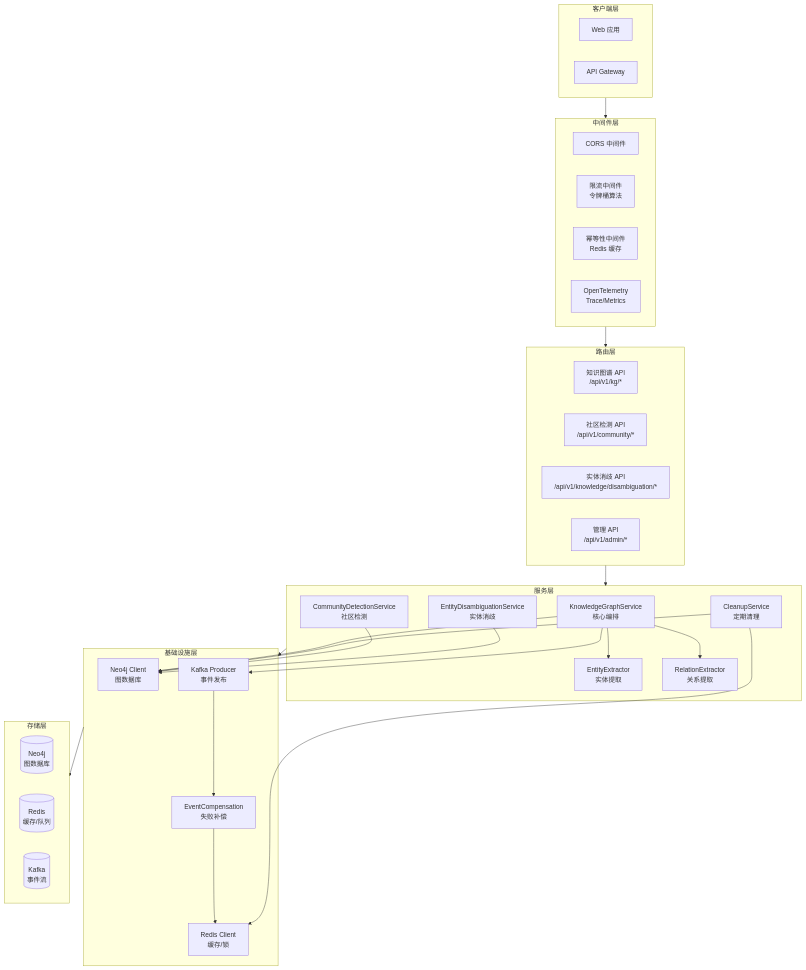
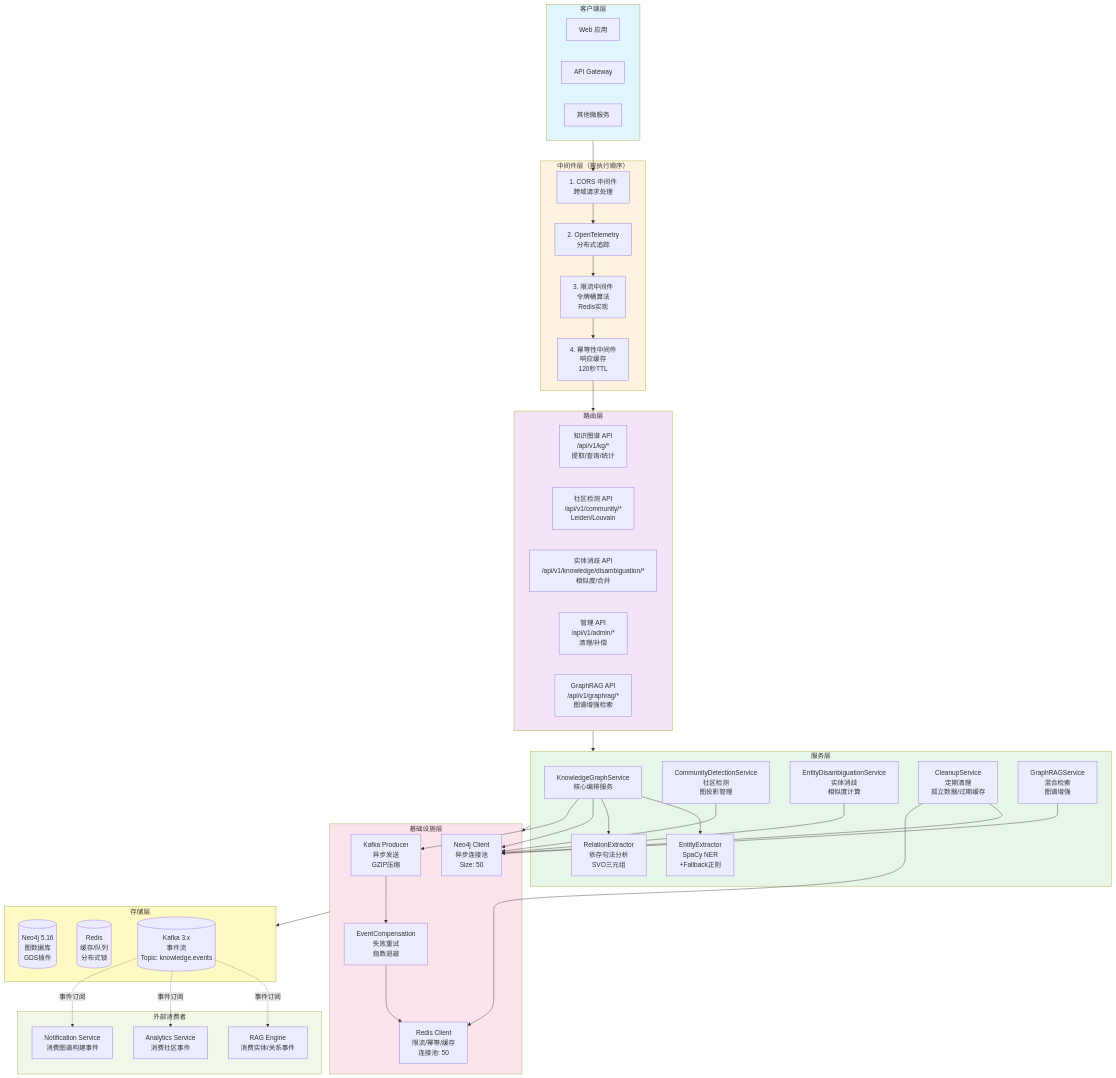
One commit to haoyunlt/VoiceAssistant changed the first of 10 diagrams in docs/VoiceHelper-04-Knowledge-Service(python版本).md. Above: the diagram before and after it, drawn with Mermaid. The commit also changed other lines of this file and 162 other files, not shown here.

````diff
--- a/docs/VoiceHelper-04-Knowledge-Service(python版本).md
+++ b/docs/VoiceHelper-04-Knowledge-Service(python版本).md
@@ -77,46 +77,59 @@
     subgraph Client["客户端层"]
         WebApp[Web 应用]
         APIGW[API Gateway]
+        OtherServices[其他微服务]
     end
 
-    subgraph Middleware["中间件层"]
-        CORS[CORS 中间件]
-        RateLimit[限流中间件<br/>令牌桶算法]
-        Idempotency[幂等性中间件<br/>Redis 缓存]
-        OTEL[OpenTelemetry<br/>Trace/Metrics]
+    subgraph Middleware["中间件层（按执行顺序）"]
+        CORS[1. CORS 中间件<br/>跨域请求处理]
+        OTEL[2. OpenTelemetry<br/>分布式追踪]
+        RateLimit[3. 限流中间件<br/>令牌桶算法<br/>Redis实现]
+        Idempotency[4. 幂等性中间件<br/>响应缓存<br/>120秒TTL]
     end
 
     subgraph Router["路由层"]
-        KGAPI[知识图谱 API<br/>/api/v1/kg/*]
-        CommAPI[社区检测 API<br/>/api/v1/community/*]
-        DisambAPI[实体消歧 API<br/>/api/v1/knowledge/disambiguation/*]
-        AdminAPI[管理 API<br/>/api/v1/admin/*]
+        KGAPI[知识图谱 API<br/>/api/v1/kg/*<br/>提取/查询/统计]
+        CommAPI[社区检测 API<br/>/api/v1/community/*<br/>Leiden/Louvain]
+        DisambAPI[实体消歧 API<br/>/api/v1/knowledge/disambiguation/*<br/>相似度/合并]
+        AdminAPI[管理 API<br/>/api/v1/admin/*<br/>清理/补偿]
+        GraphRAGAPI[GraphRAG API<br/>/api/v1/graphrag/*<br/>图谱增强检索]
     end
 
     subgraph Service["服务层"]
-        KGService[KnowledgeGraphService<br/>核心编排]
-        EntityExtractor[EntityExtractor<br/>实体提取]
-        RelationExtractor[RelationExtractor<br/>关系提取]
-        CommunityService[CommunityDetectionService<br/>社区检测]
-        DisambService[EntityDisambiguationService<br/>实体消歧]
-        CleanupService[CleanupService<br/>定期清理]
+        KGService[KnowledgeGraphService<br/>核心编排服务]
+        EntityExtractor[EntityExtractor<br/>SpaCy NER<br/>+Fallback正则]
+        RelationExtractor[RelationExtractor<br/>依存句法分析<br/>SVO三元组]
+        CommunityService[CommunityDetectionService<br/>社区检测<br/>图投影管理]
+        DisambService[EntityDisambiguationService<br/>实体消歧<br/>相似度计算]
+        CleanupService[CleanupService<br/>定期清理<br/>孤立数据/过期缓存]
+        GraphRAGService[GraphRAGService<br/>混合检索<br/>图谱增强]
     end
 
     subgraph Infrastructure["基础设施层"]
-        Neo4jClient[Neo4j Client<br/>图数据库]
-        KafkaProducer[Kafka Producer<br/>事件发布]
-        EventComp[EventCompensation<br/>失败补偿]
-        RedisClient[Redis Client<br/>缓存/锁]
+        Neo4jClient[Neo4j Client<br/>异步连接池<br/>Size: 50]
+        KafkaProducer[Kafka Producer<br/>异步发送<br/>GZIP压缩]
+        EventComp[EventCompensation<br/>失败重试<br/>指数退避]
+        RedisClient[Redis Client<br/>限流/幂等/缓存<br/>连接池: 50]
     end
 
     subgraph Storage["存储层"]
-        Neo4j[(Neo4j<br/>图数据库)]
-        Redis[(Redis<br/>缓存/队列)]
-        Kafka[(Kafka<br/>事件流)]
+        Neo4j[(Neo4j 5.16<br/>图数据库<br/>GDS插件)]
+        Redis[(Redis<br/>缓存/队列<br/>分布式锁)]
+        Kafka[(Kafka 3.x<br/>事件流<br/>Topic: knowledge.events)]
     end
 
-    Client --> Middleware
-    Middleware --> Router
+    subgraph External["外部消费者"]
+        RAGEngine[RAG Engine<br/>消费实体/关系事件]
+        Analytics[Analytics Service<br/>消费社区事件]
+        Notification[Notification Service<br/>消费图谱构建事件]
+    end
+
+    Client --> CORS
+    CORS --> OTEL
+    OTEL --> RateLimit
+    RateLimit --> Idempotency
+    Idempotency --> Router
+
     Router --> Service
     Service --> Infrastructure
     Infrastructure --> Storage
@@ -132,4 +145,17 @@
     CleanupService --> RedisClient
     CommunityService --> Neo4jClient
     DisambService --> Neo4jClient
+    GraphRAGService --> Neo4jClient
+
+    Kafka -.事件订阅.-> RAGEngine
+    Kafka -.事件订阅.-> Analytics
+    Kafka -.事件订阅.-> Notification
+
+    style Client fill:#e1f5ff
+    style Middleware fill:#fff3e0
+    style Router fill:#f3e5f5
+    style Service fill:#e8f5e9
+    style Infrastructure fill:#fce4ec
+    style Storage fill:#fff9c4
+    style External fill:#f1f8e9
 ```
````
